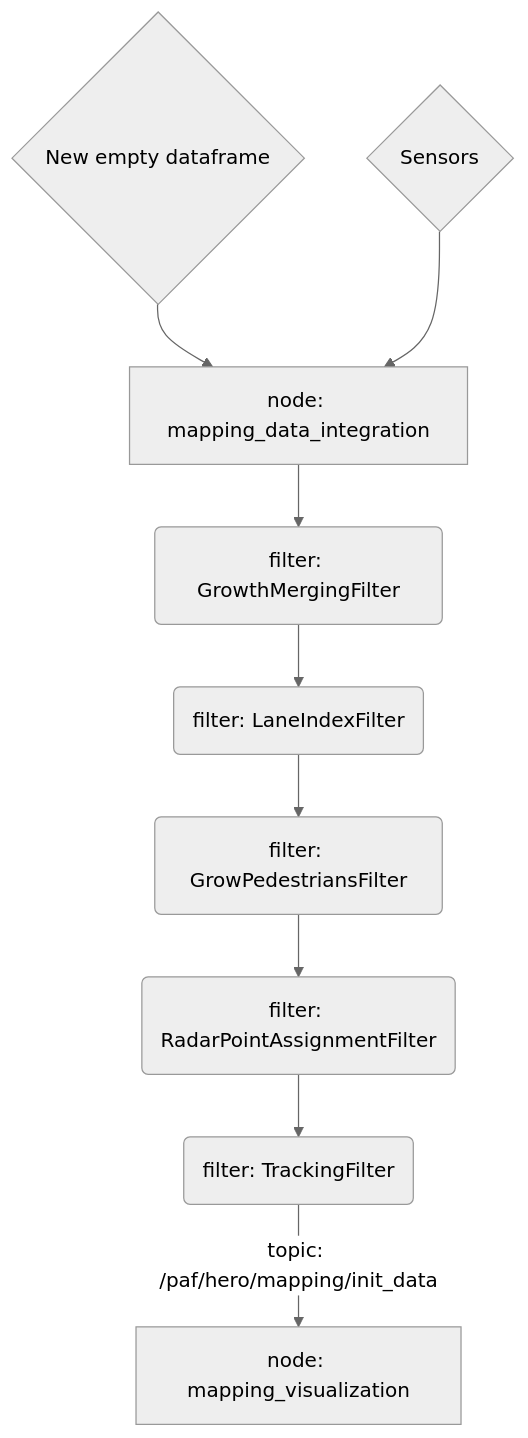
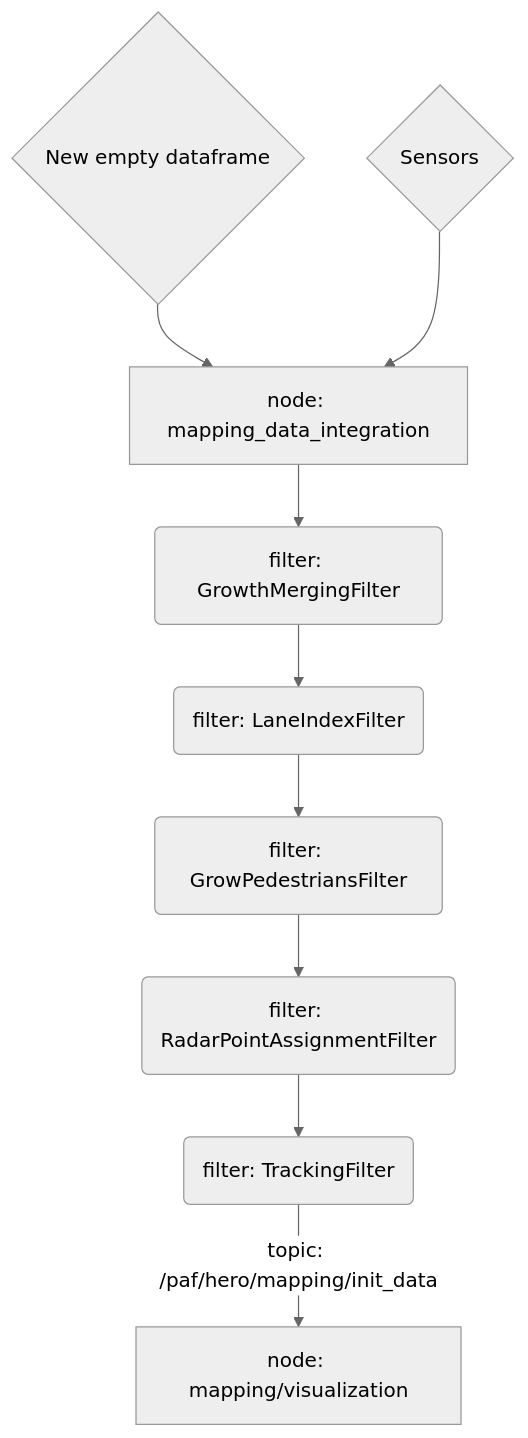
The diagram in doc/mapping/README.md (una-auxme/paf), drawn with Mermaid (neutral theme) before and after one commit. The commit also changed other lines of this file and 20 other files, not shown here.

````diff
--- a/doc/mapping/README.md
+++ b/doc/mapping/README.md
@@ -81,23 +81,23 @@
 ```mermaid
 flowchart TD
     %% Nodes
     NF{New empty dataframe}
     S{Sensors}
     A[node: mapping_data_integration]
     F1(filter: GrowthMergingFilter)
     F2(filter: LaneIndexFilter)
     F3(filter: GrowPedestriansFilter)
     F4(filter: RadarPointAssignmentFilter)
     F5(filter: TrackingFilter)
-    VIS[node: mapping_visualization]
+    VIS[node: mapping/visualization]
 
     %% Flow
     NF --> A
     S --> A
     A --> F1
     F1 --> F2
     F2 --> F3
     F3 --> F4
     F4 --> F5
     F5 -->|topic: /paf/hero/mapping/init_data| VIS
 ```
````
